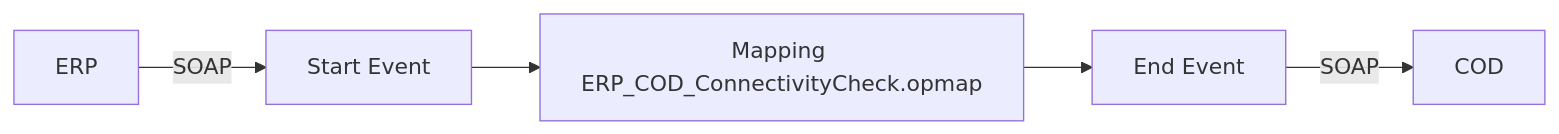
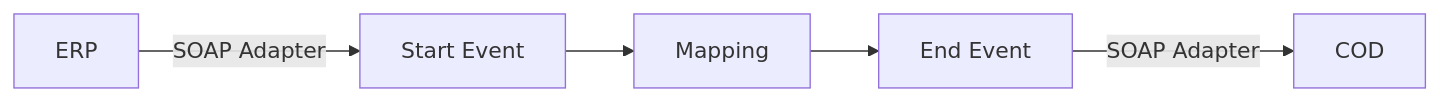
The diagram in MMZ - Cell Iflows/Check_Connectivity_from_SAP_Business_Suite_MMZ/1.0.3/readme.md (Avvale-IA-CICD/AvvaleCPI), drawn with Mermaid before and after one commit. The commit also changed other lines of this file, not shown here.

Commit message:
docs: Add/update version README for MMZ - Cell Iflows/Check_Connectivity_from_SAP_Business_Suite_MMZ/1.0.3

````diff
--- a/MMZ - Cell Iflows/Check_Connectivity_from_SAP_Business_Suite_MMZ/1.0.3/readme.md
+++ b/MMZ - Cell Iflows/Check_Connectivity_from_SAP_Business_Suite_MMZ/1.0.3/readme.md
@@ -4,7 +4,7 @@
 ```mermaid
 graph LR
-    ERP[ERP] -->|SOAP| StartEvent
+    ERP[ERP] -->|SOAP Adapter| StartEvent
     StartEvent[Start Event] --> Mapping
-    Mapping[Mapping ERP_COD_ConnectivityCheck.opmap] --> EndEvent
-    EndEvent[End Event] -->|SOAP| COD[COD]
+    Mapping[Mapping] --> EndEvent
+    EndEvent[End Event] -->|SOAP Adapter| COD[COD]
 ```
````
